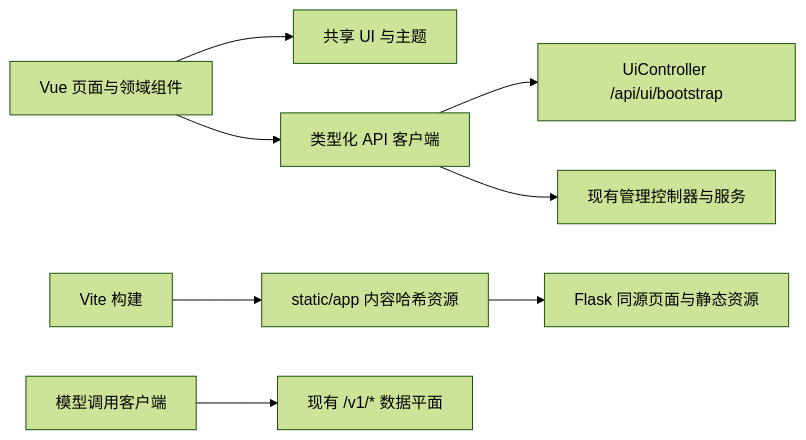
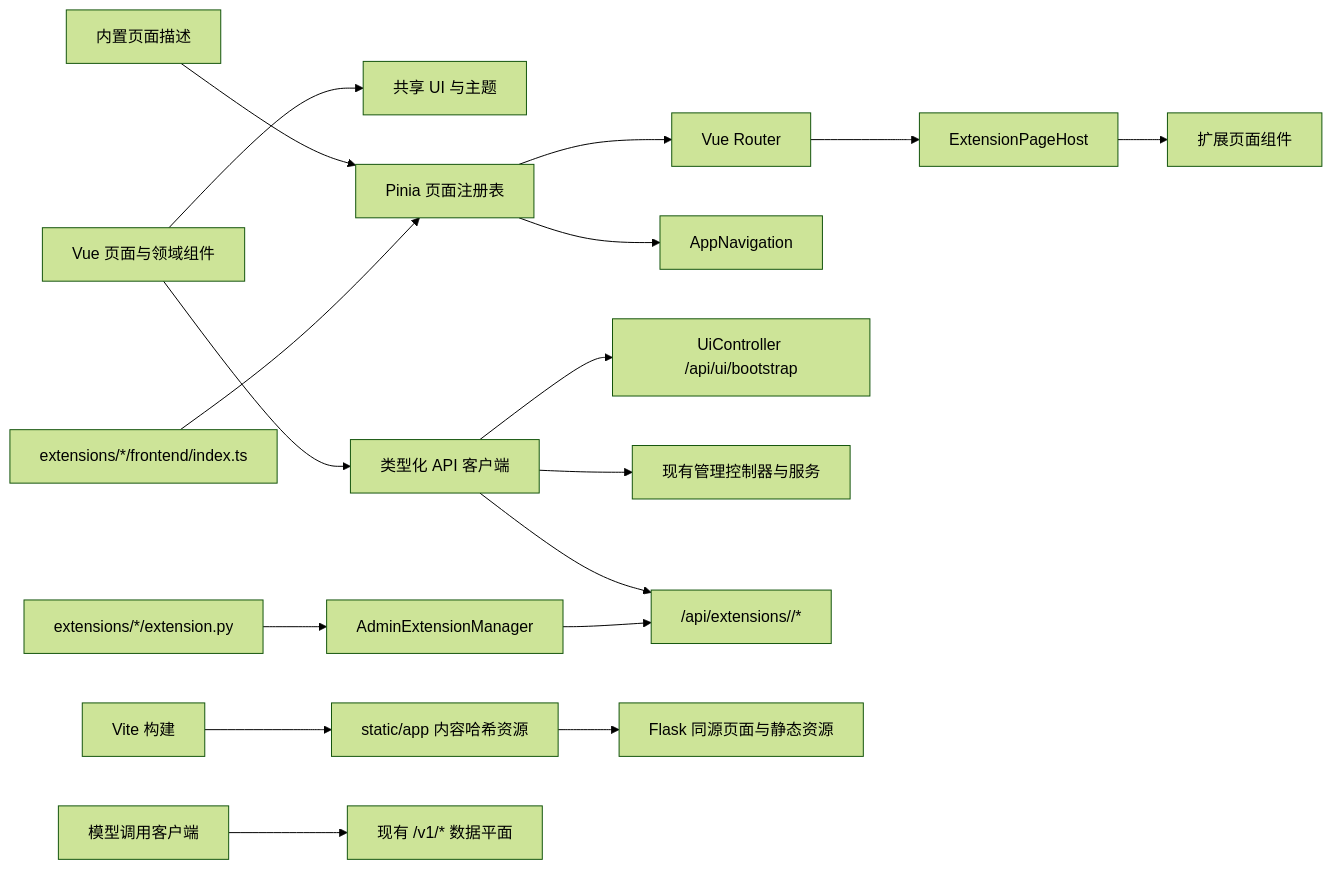
The first of 15 diagrams in docs/architecture-4plus1.md (VonSdite/LLM_Proxy), drawn with Mermaid (forest theme) before and after one commit. The commit also changed other lines of this file and 89 other files, not shown here.

````diff
--- a/docs/architecture-4plus1.md
+++ b/docs/architecture-4plus1.md
@@ -52,10 +55,19 @@
 ```mermaid
 flowchart LR
     Vue[Vue 页面与领域组件] --> UI[共享 UI 与主题]
     Vue --> API[类型化 API 客户端]
+    Builtin[内置页面描述] --> Registry[Pinia 页面注册表]
+    Local["extensions/*/frontend/index.ts"] --> Registry
+    Registry --> Router[Vue Router]
+    Registry --> Navigation[AppNavigation]
+    Router --> Host[ExtensionPageHost]
+    Host --> LocalPage[扩展页面组件]
     API --> Bootstrap[UiController /api/ui/bootstrap]
     API --> Control[现有管理控制器与服务]
+    API --> ExtensionAPI["/api/extensions/<id>/*"]
+    Backend["extensions/*/extension.py"] --> Manager[AdminExtensionManager]
+    Manager --> ExtensionAPI
     Vite[Vite 构建] --> Assets[static/app 内容哈希资源]
     Assets --> Flask[Flask 同源页面与静态资源]
     DataClient[模型调用客户端] --> Data[现有 /v1/* 数据平面]
 ```
````
